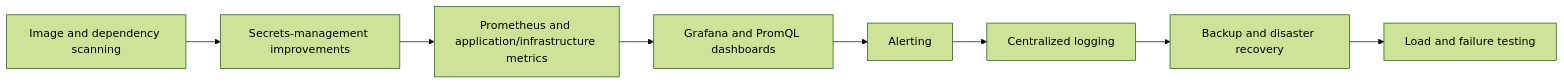
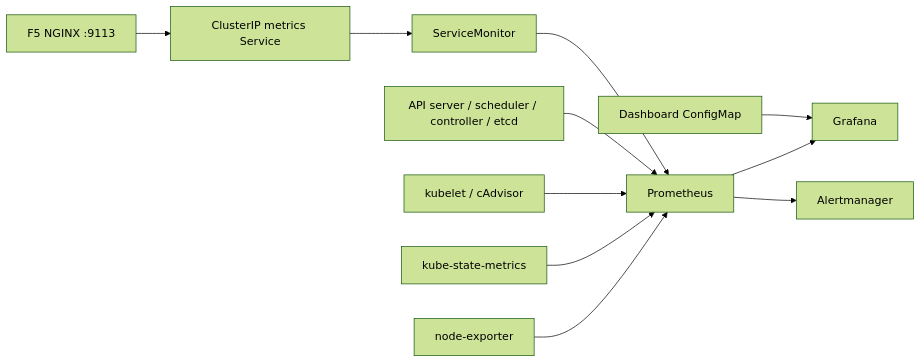
Before and after one commit to Mamaarsh/cloud-native-inventory-platform: the third of 3 diagrams in docs/architecture.md, drawn with Mermaid (forest theme). The commit also changed other lines of this file and 11 other files, not shown here.

````diff
--- a/docs/architecture.md
+++ b/docs/architecture.md
@@ -304,10 +84,13 @@
 ```mermaid
 flowchart LR
-    Scan[Image and dependency scanning] --> Secrets[Secrets-management improvements]
-    Secrets --> Metrics[Prometheus and application/infrastructure metrics]
-    Metrics --> Dashboards[Grafana and PromQL dashboards]
-    Dashboards --> Alerts[Alerting]
-    Alerts --> Logs[Centralized logging]
-    Logs --> Recovery[Backup and disaster recovery]
-    Recovery --> Testing[Load and failure testing]
+  NE[node-exporter] --> P[Prometheus]
+  KSM[kube-state-metrics] --> P
+  Kubelet[kubelet / cAdvisor] --> P
+  CP[API server / scheduler / controller / etcd] --> P
+  NIC[F5 NGINX :9113] --> SVC[ClusterIP metrics Service]
+  SVC --> SM[ServiceMonitor]
+  SM --> P
+  P --> G[Grafana]
+  P --> AM[Alertmanager]
+  Dashboard[Dashboard ConfigMap] --> G
 ```
````
